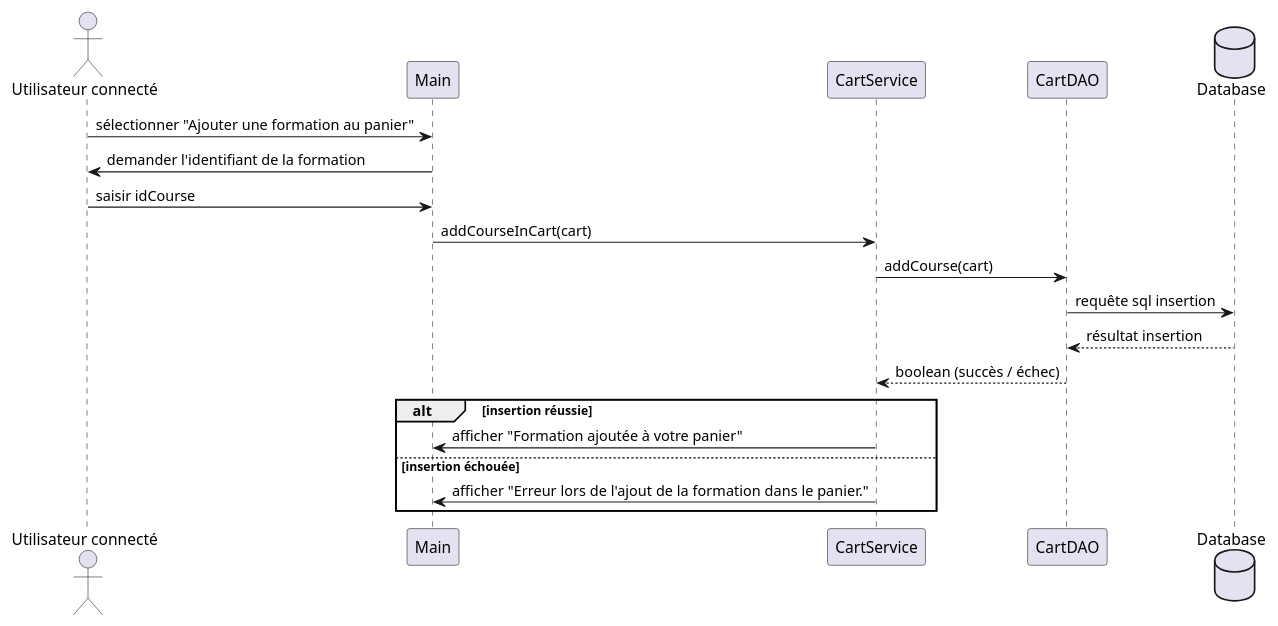
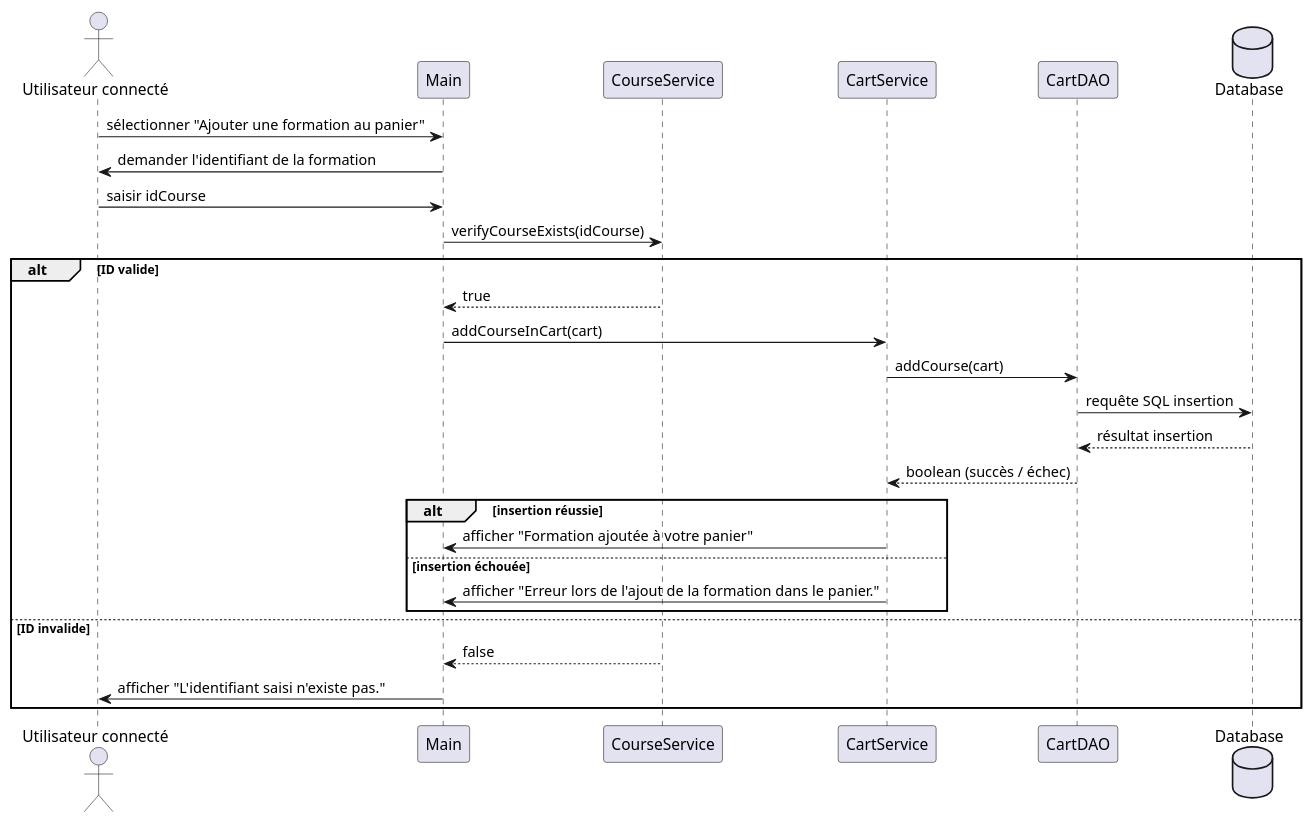
One commit to AmandineGrardLaurent/JavaEvaluationBusiness changed the diagram in docs/sequence_diagrams/sequence_diagram_gerer_panier_ajout.puml. Above: the diagram before and after it, drawn with PlantUML.

Commit message:
update sequence diagram gerer_panier_ajout

```diff
--- a/docs/sequence_diagrams/sequence_diagram_gerer_panier_ajout.puml
+++ b/docs/sequence_diagrams/sequence_diagram_gerer_panier_ajout.puml
@@ -1,24 +1,34 @@
-@startuml sequence diagram ajouter une formation au panier
+@startuml sequence diagram  gerer le panier - ajouter une formation
+
 actor "Utilisateur connecté" as User
 participant "Main" as Main
+participant "CourseService" as CourseService
 participant "CartService" as CartService
 participant "CartDAO" as CartDAO
 database "Database" as DB
 
 User -> Main : sélectionner "Ajouter une formation au panier"
 Main -> User : demander l'identifiant de la formation
 User -> Main : saisir idCourse
 
-Main -> CartService : addCourseInCart(cart)
-CartService -> CartDAO : addCourse(cart)
-CartDAO -> DB : requête sql insertion 
+Main -> CourseService : verifyCourseExists(idCourse)
+alt ID valide
+    CourseService --> Main : true
 
-DB --> CartDAO : résultat insertion
-CartDAO --> CartService : boolean (succès / échec)
+    Main -> CartService : addCourseInCart(cart)
+    CartService -> CartDAO : addCourse(cart)
+    CartDAO -> DB : requête SQL insertion
+    DB --> CartDAO : résultat insertion
+    CartDAO --> CartService : boolean (succès / échec)
 
-alt insertion réussie
-    CartService -> Main : afficher "Formation ajoutée à votre panier"
-else insertion échouée
-    CartService -> Main : afficher "Erreur lors de l'ajout de la formation dans le panier."
+    alt insertion réussie
+        CartService -> Main : afficher "Formation ajoutée à votre panier"
+    else insertion échouée
+        CartService -> Main : afficher "Erreur lors de l'ajout de la formation dans le panier."
+    end
+
+else ID invalide
+    CourseService --> Main : false
+    Main -> User : afficher "L'identifiant saisi n'existe pas."
 end
 @enduml
```
